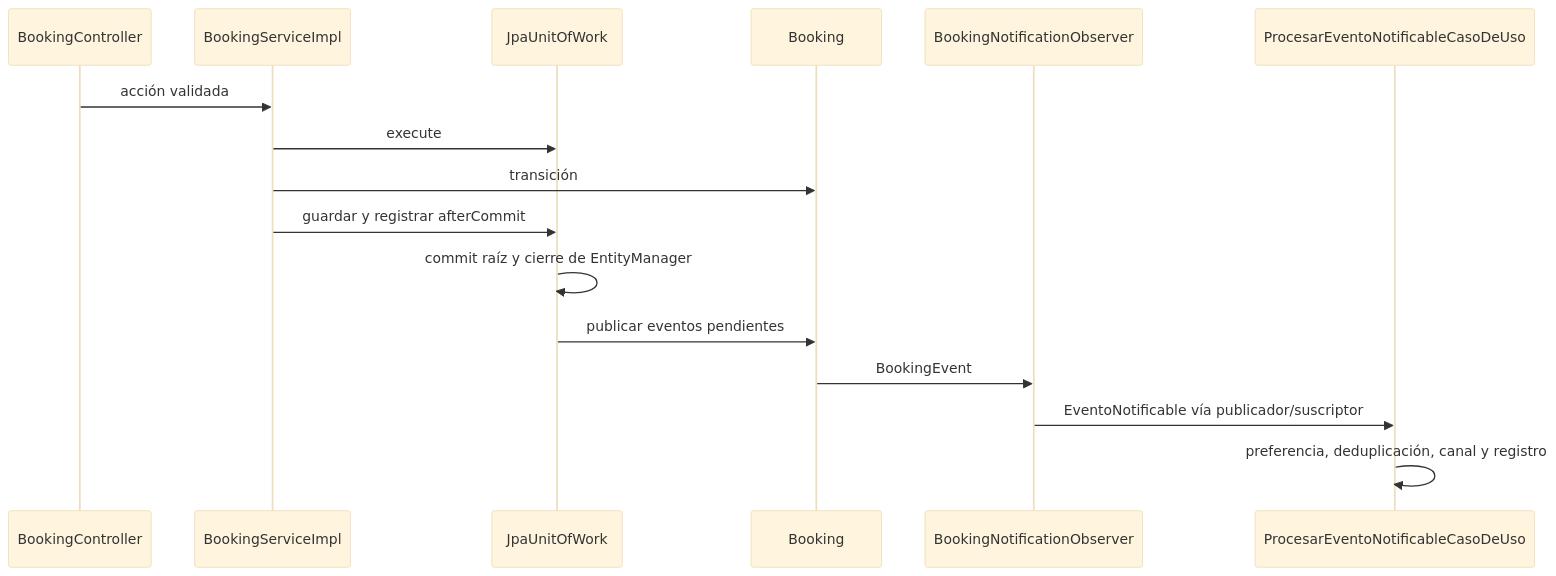
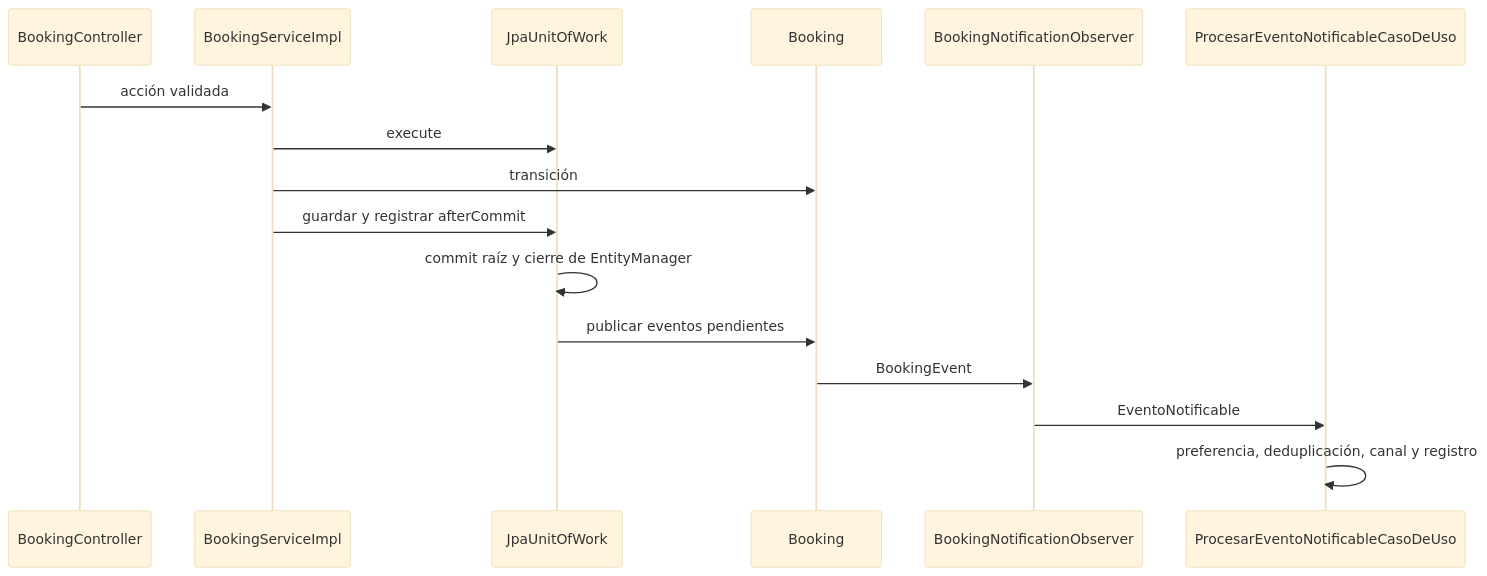
The second of 2 diagrams in docs/informe/89-casos-de-uso-y-puertos.md (claribelpereyra/skillswap), drawn with Mermaid (base theme) before and after one commit. The commit also changed other lines of this file and 12 other files, not shown here.

````diff
--- a/docs/informe/89-casos-de-uso-y-puertos.md
+++ b/docs/informe/89-casos-de-uso-y-puertos.md
@@ -31,18 +31,18 @@
 ```mermaid
 sequenceDiagram
     participant C as BookingController
     participant S as BookingServiceImpl
     participant U as JpaUnitOfWork
     participant B as Booking
     participant O as BookingNotificationObserver
     participant N as ProcesarEventoNotificableCasoDeUso
     C->>S: acción validada
     S->>U: execute
     S->>B: transición
     S->>U: guardar y registrar afterCommit
     U->>U: commit raíz y cierre de EntityManager
     U->>B: publicar eventos pendientes
     B->>O: BookingEvent
-    O->>N: EventoNotificable vía publicador/suscriptor
+    O->>N: EventoNotificable
     N->>N: preferencia, deduplicación, canal y registro
 ```
````
